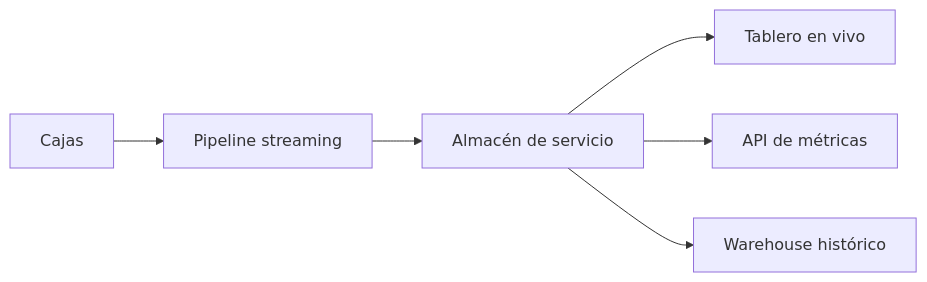
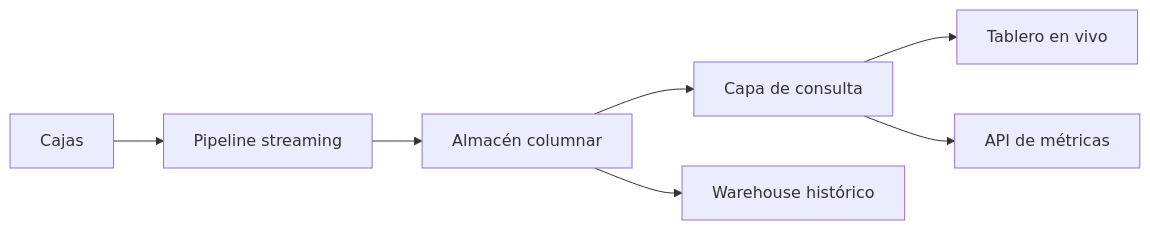
One commit to fcp4891/de-knowledge-hub changed the first of 3 diagrams in content/architectures/real-time-analytics-architecture.md. Above: the diagram before and after it, drawn with Mermaid. The commit also changed other lines of this file and 13 other files, not shown here.

````diff
--- a/content/architectures/real-time-analytics-architecture.md
+++ b/content/architectures/real-time-analytics-architecture.md
@@ -122,8 +122,9 @@
 ```mermaid
 flowchart LR
   T["Cajas"] --> P["Pipeline streaming"]
-  P --> A["Almacén de servicio"]
-  A --> D["Tablero en vivo"]
-  A --> I["API de métricas"]
+  P --> A["Almacén columnar"]
+  A --> Q["Capa de consulta"]
+  Q --> D["Tablero en vivo"]
+  Q --> I["API de métricas"]
   A --> W["Warehouse histórico"]
 ```
````
